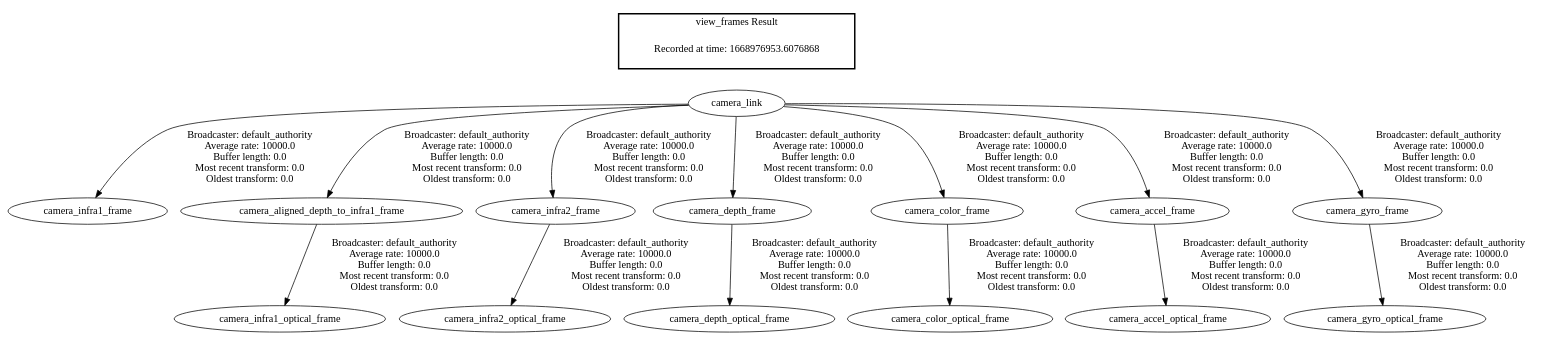
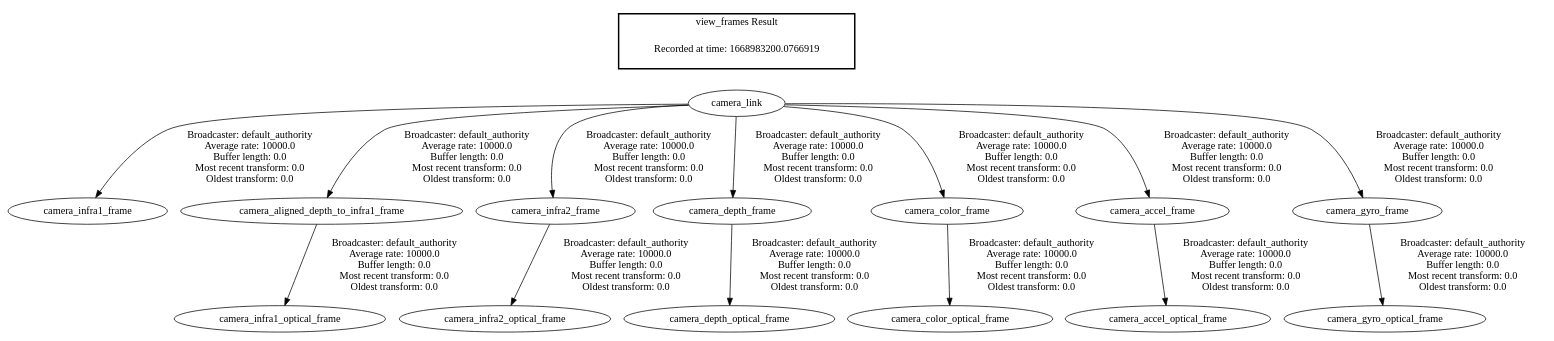
One commit to AVL-TMU/slam-ros2 changed the diagram in ros2 usage/rtabmap/launch/launch_realsense/frames.gv. Above: the diagram before and after it, drawn with Graphviz. The commit also changed 8 other files, not shown here.

```diff
--- a/ros2 usage/rtabmap/launch/launch_realsense/frames.gv
+++ b/ros2 usage/rtabmap/launch/launch_realsense/frames.gv
@@ -1,19 +1,19 @@
 digraph G {
 "camera_link" -> "camera_infra1_frame"[label=" Broadcaster: default_authority\nAverage rate: 10000.0\nBuffer length: 0.0\nMost recent transform: 0.0\nOldest transform: 0.0\n"];
 "camera_aligned_depth_to_infra1_frame" -> "camera_infra1_optical_frame"[label=" Broadcaster: default_authority\nAverage rate: 10000.0\nBuffer length: 0.0\nMost recent transform: 0.0\nOldest transform: 0.0\n"];
 "camera_link" -> "camera_aligned_depth_to_infra1_frame"[label=" Broadcaster: default_authority\nAverage rate: 10000.0\nBuffer length: 0.0\nMost recent transform: 0.0\nOldest transform: 0.0\n"];
 "camera_link" -> "camera_infra2_frame"[label=" Broadcaster: default_authority\nAverage rate: 10000.0\nBuffer length: 0.0\nMost recent transform: 0.0\nOldest transform: 0.0\n"];
 "camera_infra2_frame" -> "camera_infra2_optical_frame"[label=" Broadcaster: default_authority\nAverage rate: 10000.0\nBuffer length: 0.0\nMost recent transform: 0.0\nOldest transform: 0.0\n"];
 "camera_link" -> "camera_depth_frame"[label=" Broadcaster: default_authority\nAverage rate: 10000.0\nBuffer length: 0.0\nMost recent transform: 0.0\nOldest transform: 0.0\n"];
 "camera_depth_frame" -> "camera_depth_optical_frame"[label=" Broadcaster: default_authority\nAverage rate: 10000.0\nBuffer length: 0.0\nMost recent transform: 0.0\nOldest transform: 0.0\n"];
 "camera_link" -> "camera_color_frame"[label=" Broadcaster: default_authority\nAverage rate: 10000.0\nBuffer length: 0.0\nMost recent transform: 0.0\nOldest transform: 0.0\n"];
 "camera_color_frame" -> "camera_color_optical_frame"[label=" Broadcaster: default_authority\nAverage rate: 10000.0\nBuffer length: 0.0\nMost recent transform: 0.0\nOldest transform: 0.0\n"];
 "camera_link" -> "camera_accel_frame"[label=" Broadcaster: default_authority\nAverage rate: 10000.0\nBuffer length: 0.0\nMost recent transform: 0.0\nOldest transform: 0.0\n"];
 "camera_accel_frame" -> "camera_accel_optical_frame"[label=" Broadcaster: default_authority\nAverage rate: 10000.0\nBuffer length: 0.0\nMost recent transform: 0.0\nOldest transform: 0.0\n"];
 "camera_link" -> "camera_gyro_frame"[label=" Broadcaster: default_authority\nAverage rate: 10000.0\nBuffer length: 0.0\nMost recent transform: 0.0\nOldest transform: 0.0\n"];
 "camera_gyro_frame" -> "camera_gyro_optical_frame"[label=" Broadcaster: default_authority\nAverage rate: 10000.0\nBuffer length: 0.0\nMost recent transform: 0.0\nOldest transform: 0.0\n"];
 edge [style=invis];
  subgraph cluster_legend { style=bold; color=black; label ="view_frames Result";
-"Recorded at time: 1668976953.6076868"[ shape=plaintext ] ;
+"Recorded at time: 1668983200.0766919"[ shape=plaintext ] ;
 }->"camera_link";
 }
```
